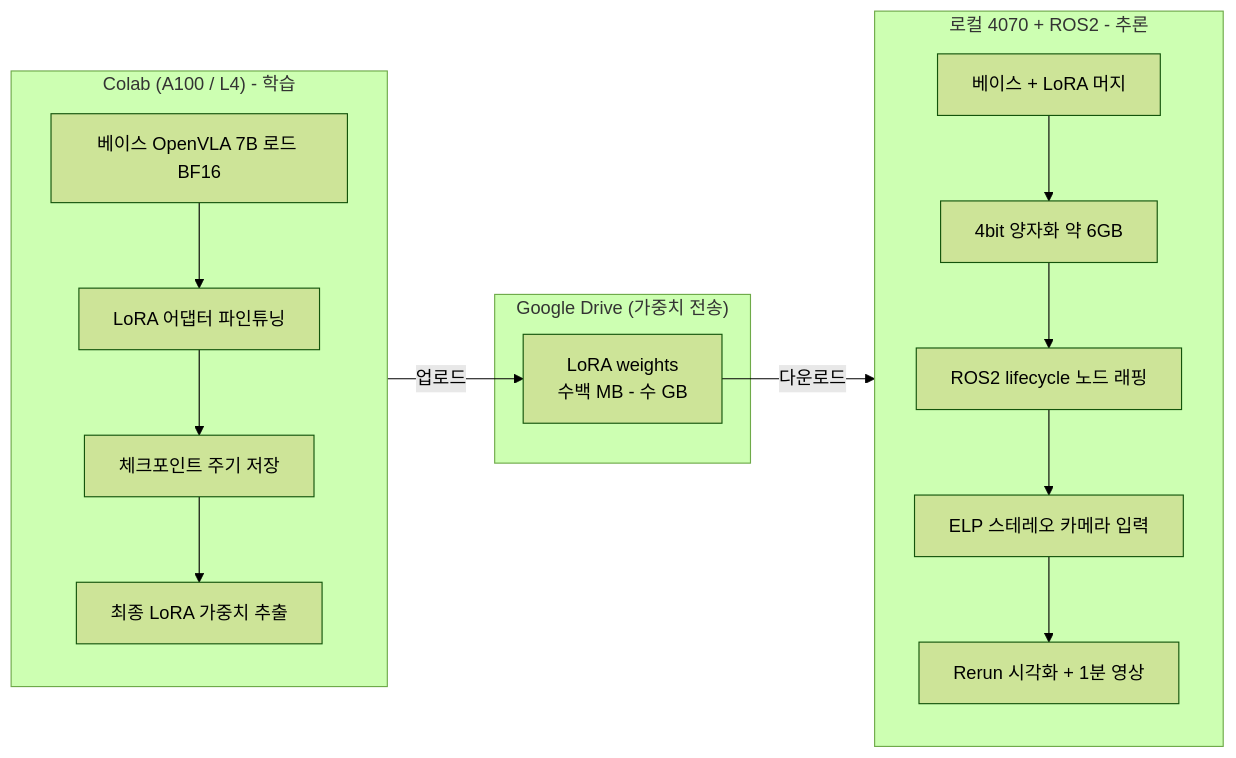
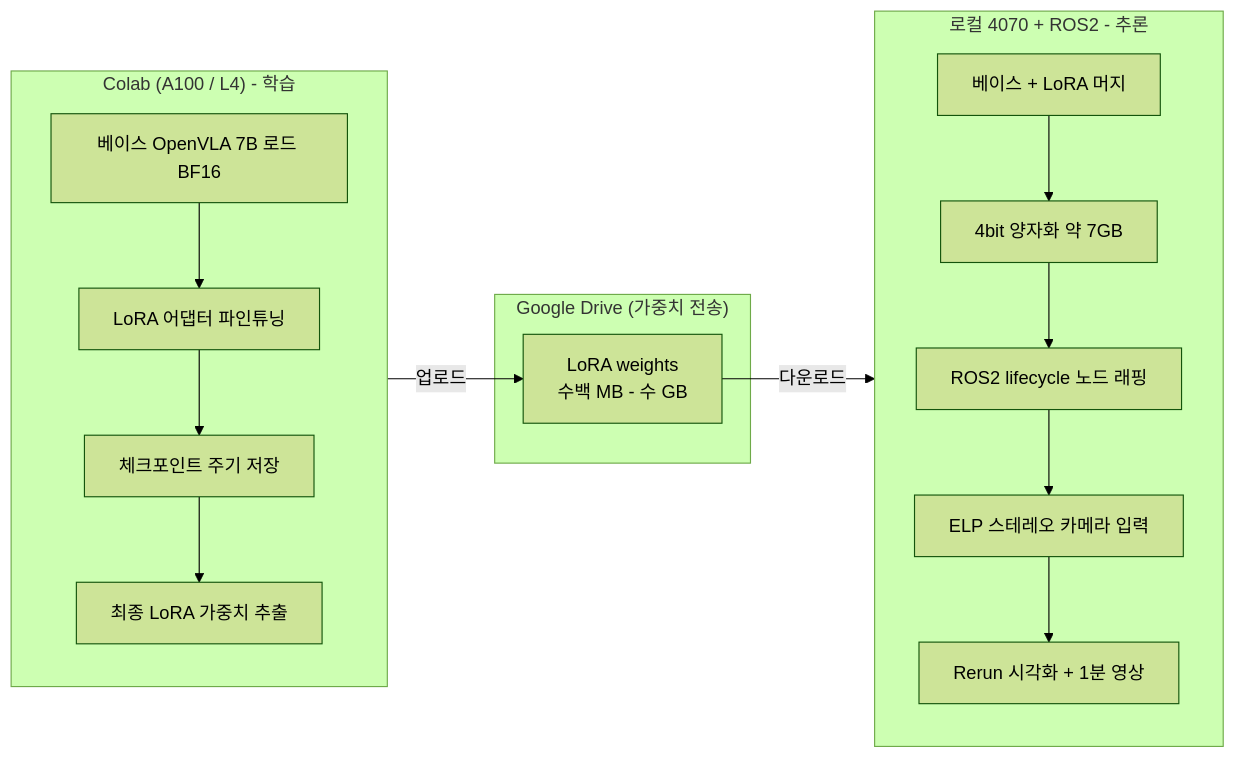
The first of 2 diagrams in Studies/Phase 4/SETUP.md (tylee-yeonge/physical-ai-study), drawn with Mermaid (forest theme) before and after one commit. The commit also changed other lines of this file and 5 other files, not shown here.

````diff
--- a/Studies/Phase 4/SETUP.md
+++ b/Studies/Phase 4/SETUP.md
@@ -77,28 +94,28 @@
 ```mermaid
 flowchart LR
     subgraph Colab["Colab (A100 / L4) - 학습"]
         direction TB
         C1[베이스 OpenVLA 7B 로드 BF16]
         C2[LoRA 어댑터 파인튜닝]
         C3[체크포인트 주기 저장]
         C4[최종 LoRA 가중치 추출]
         C1 --> C2 --> C3 --> C4
     end
 
     subgraph Drive["Google Drive (가중치 전송)"]
         D1[LoRA weights<br/>수백 MB - 수 GB]
     end
 
     subgraph Local["로컬 4070 + ROS2 - 추론"]
         direction TB
         L1[베이스 + LoRA 머지]
-        L2[4bit 양자화 약 6GB]
+        L2[4bit 양자화 약 7GB]
         L3[ROS2 lifecycle 노드 래핑]
         L4[ELP 스테레오 카메라 입력]
         L5[Rerun 시각화 + 1분 영상]
         L1 --> L2 --> L3 --> L4 --> L5
     end
 
     C4 -->|업로드| D1
     D1 -->|다운로드| L1
 ```
````
